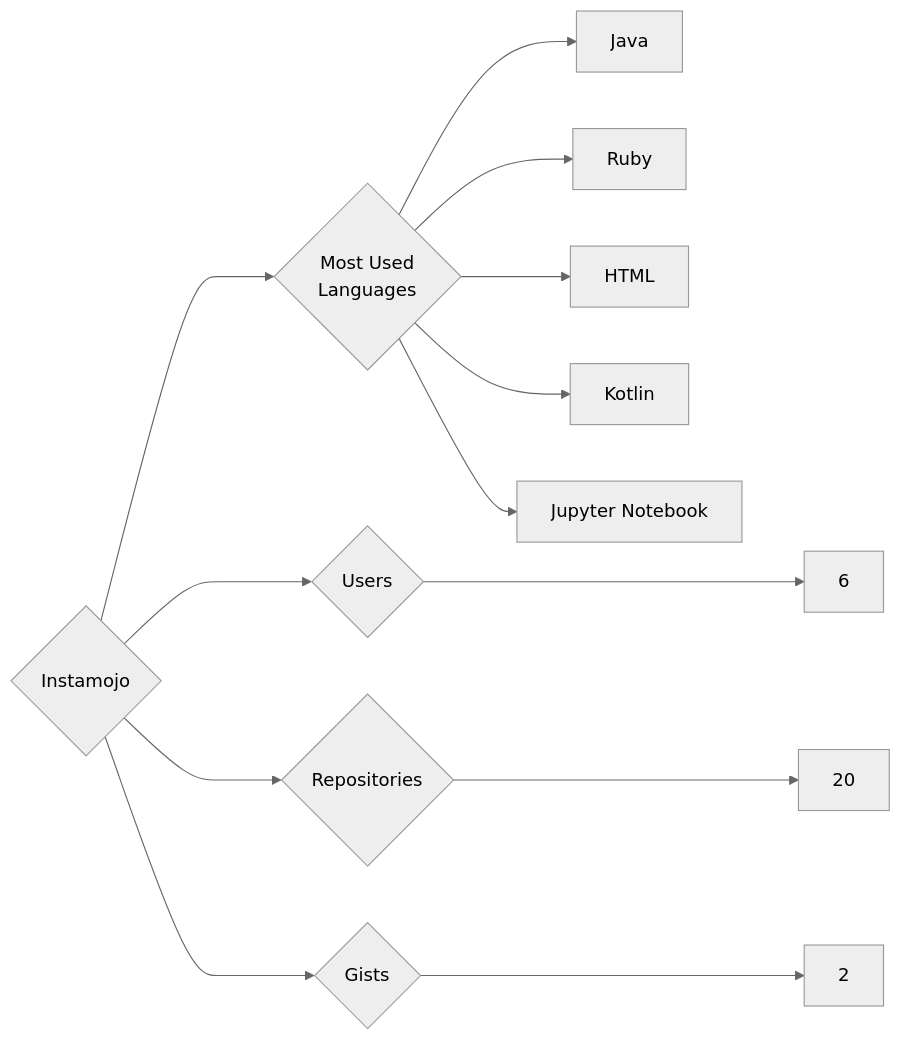
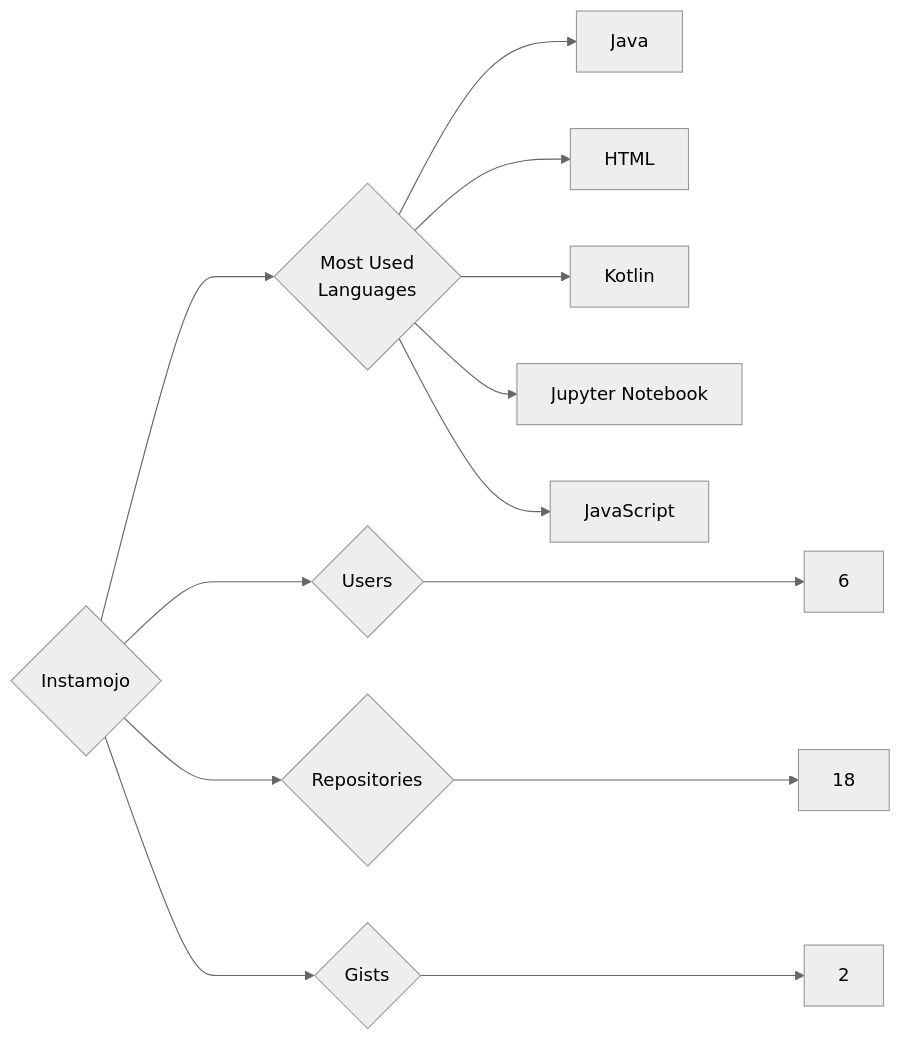
Before and after one commit to trickest/insiders: the diagram in targets/Instamojo/README.md, drawn with Mermaid (neutral theme). The commit also changed 1007 other files, not shown here.

````diff
--- a/targets/Instamojo/README.md
+++ b/targets/Instamojo/README.md
@@ -3,13 +3,13 @@
 ```mermaid
 graph LR
 COMPANY_NAME{Instamojo}
 COMPANY_NAME ---> U{Users} ---> UN[6]
-COMPANY_NAME ---> R{Repositories} ---> RN[20]
+COMPANY_NAME ---> R{Repositories} ---> RN[18]
 COMPANY_NAME ---> G{Gists} ---> GN[2]
 COMPANY_NAME ---> ML{Most Used<br>Languages}
 ML --> Java[Java]
-ML --> Ruby[Ruby]
 ML --> HTML[HTML]
 ML --> Kotlin[Kotlin]
 ML --> Jupyter_Notebook[Jupyter Notebook]
+ML --> JavaScript[JavaScript]
 ```
````
